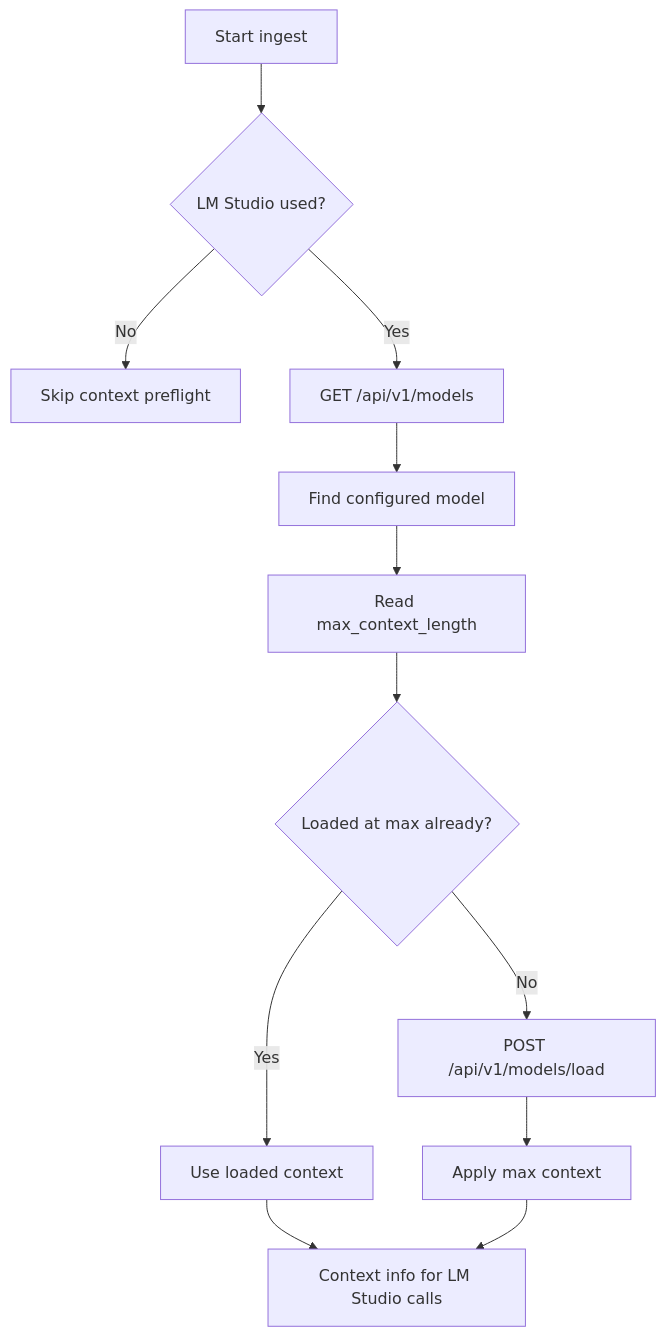
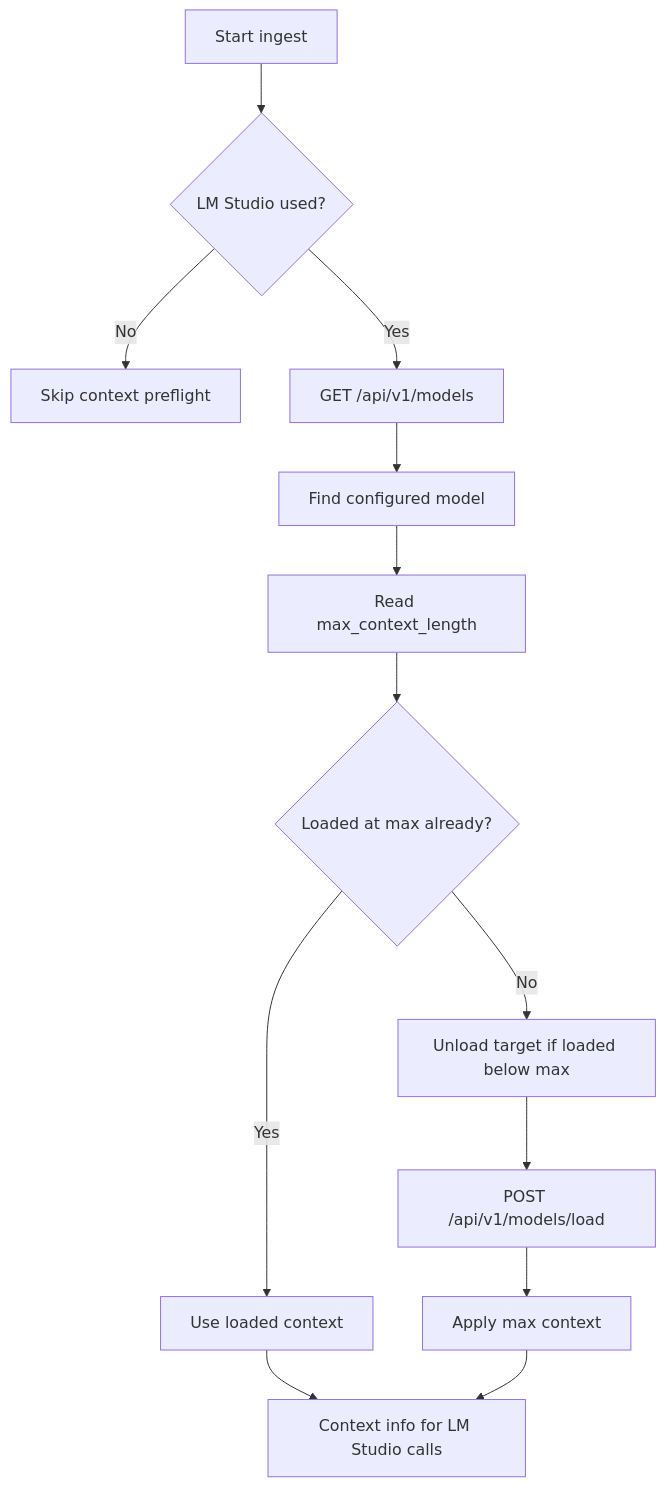
The second of 10 diagrams in docs/page-markdown-pipeline.md (agus-works/trapo), drawn with Mermaid before and after one commit. The commit also changed other lines of this file and 3 other files, not shown here.

Commit message:
chore: enhance LM Studio context management with unloading logic for low-context models

````diff
--- a/docs/page-markdown-pipeline.md
+++ b/docs/page-markdown-pipeline.md
@@ -125,14 +127,15 @@
 ```mermaid
 flowchart TD
         A[Start ingest] --> B{LM Studio used?}
         B -->|No| C[Skip context preflight]
         B -->|Yes| D[GET /api/v1/models]
         D --> E[Find configured model]
         E --> F[Read max_context_length]
         F --> G{Loaded at max already?}
         G -->|Yes| H[Use loaded context]
-        G -->|No| I[POST /api/v1/models/load]
-        I --> J[Apply max context]
+        G -->|No| I[Unload target if loaded below max]
+        I --> J[POST /api/v1/models/load]
+        J --> L[Apply max context]
         H --> K[Context info for LM Studio calls]
-        J --> K
+        L --> K
 ```
````
